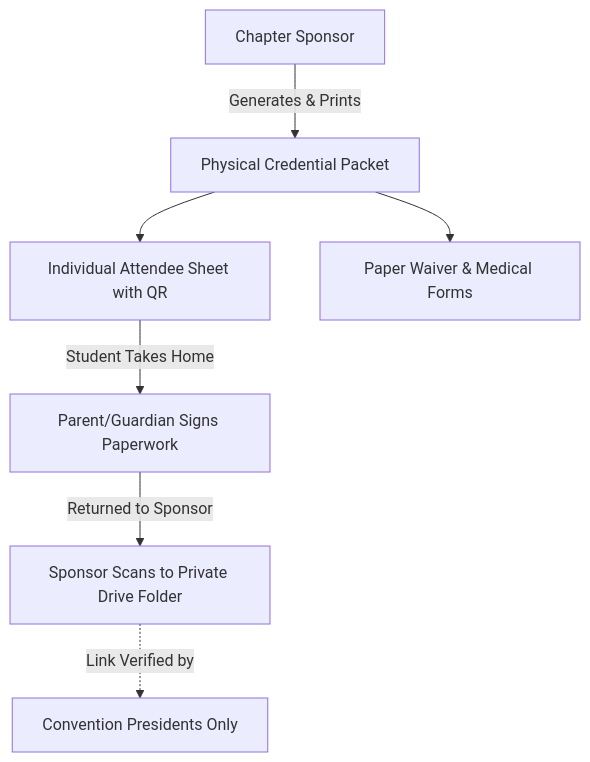
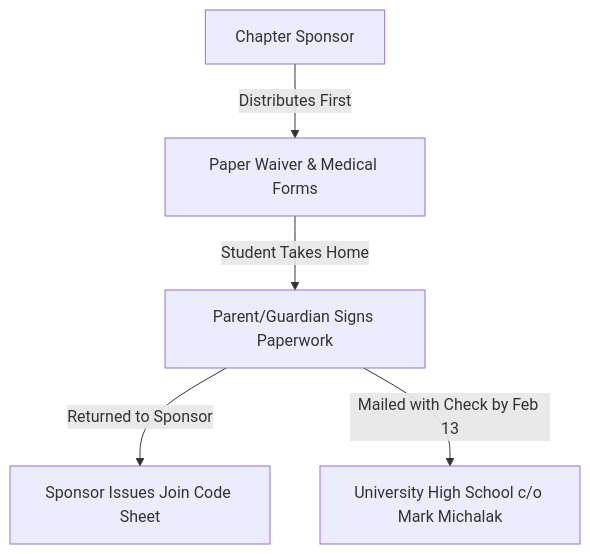
The diagram in docs/structure.md (tech-ovo/CAJCL-2027), drawn with Mermaid before and after one commit. The commit also changed other lines of this file and 19 other files, not shown here.

````diff
--- a/docs/structure.md
+++ b/docs/structure.md
@@ -105,9 +108,7 @@
 ```mermaid
 graph TD
-    Sponsor[Chapter Sponsor] -->|Generates & Prints| Packet[Physical Credential Packet]
-    Packet --> Sheet[Individual Attendee Sheet with QR]
-    Packet --> PaperForms[Paper Waiver & Medical Forms]
-    Sheet -->|Student Takes Home| ParentSign[Parent/Guardian Signs Paperwork]
-    ParentSign -->|Returned to Sponsor| ScanUpload[Sponsor Scans to Private Drive Folder]
-    ScanUpload -.->|Link Verified by| Pres[Convention Presidents Only]
+    Sponsor[Chapter Sponsor] -->|Distributes First| PaperForms[Paper Waiver & Medical Forms]
+    PaperForms -->|Student Takes Home| ParentSign[Parent/Guardian Signs Paperwork]
+    ParentSign -->|Returned to Sponsor| JoinSheet[Sponsor Issues Join Code Sheet]
+    ParentSign -->|Mailed with Check by Feb 13| HostSchool[University High School c/o Mark Michalak]
 ```
````
